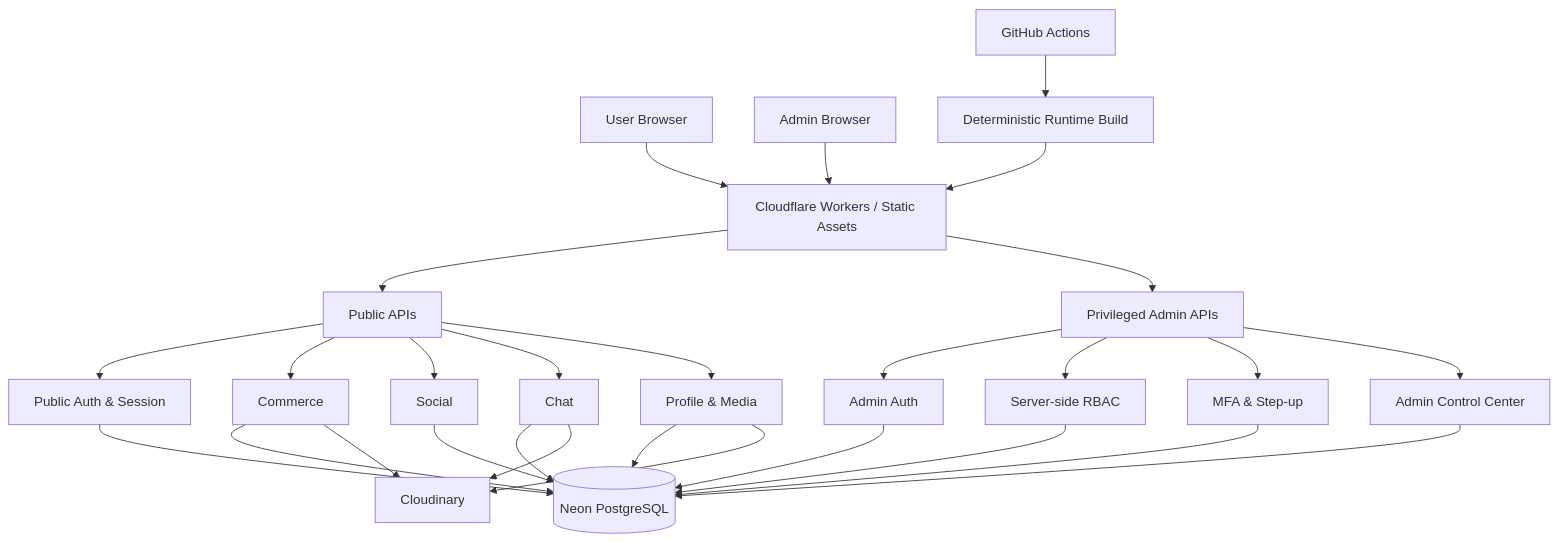
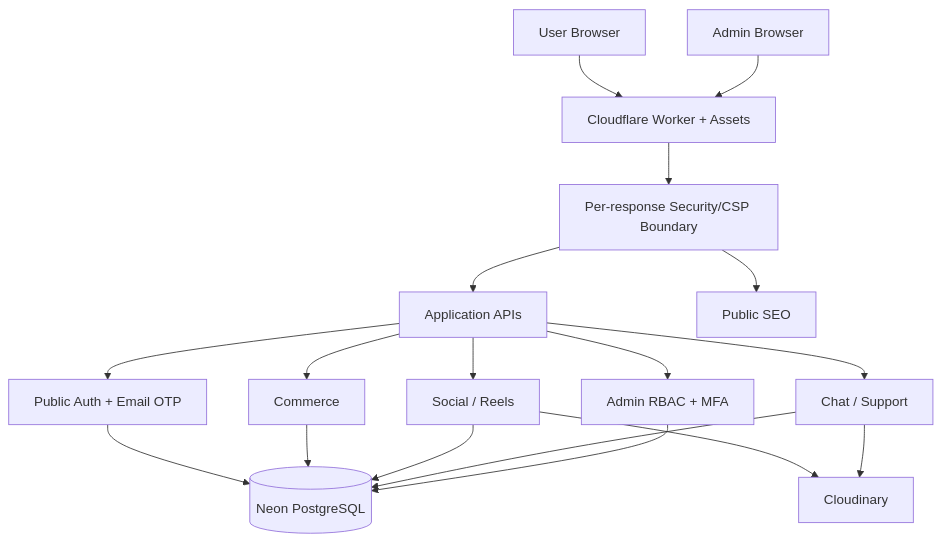
The diagram in README.md (hipmiptuinalazhaar-hue/pasar-umkm), drawn with Mermaid before and after one commit. The commit also changed other lines of this file, not shown here.

Commit message:
docs: align architecture and release documentation with current runtime

````diff
--- a/README.md
+++ b/README.md
@@ -132,36 +27,20 @@
 ```mermaid
 flowchart TD
-    U[User Browser] --> E[Cloudflare Workers / Static Assets]
-    A[Admin Browser] --> E
-
-    E --> PUB[Public APIs]
-    E --> ADM[Privileged Admin APIs]
-
-    PUB --> AUTH[Public Auth & Session]
-    PUB --> COM[Commerce]
-    PUB --> SOC[Social]
-    PUB --> CHAT[Chat]
-    PUB --> PROF[Profile & Media]
-
-    ADM --> AAUTH[Admin Auth]
-    ADM --> RBAC[Server-side RBAC]
-    ADM --> MFA[MFA & Step-up]
-    ADM --> CTRL[Admin Control Center]
-
-    AUTH --> DB[(Neon PostgreSQL)]
-    COM --> DB
-    SOC --> DB
-    CHAT --> DB
-    PROF --> DB
-    AAUTH --> DB
-    RBAC --> DB
-    MFA --> DB
-    CTRL --> DB
-
-    PROF --> MEDIA[Cloudinary]
-    CHAT --> MEDIA
-    COM --> MEDIA
-
-    GH[GitHub Actions] --> BUILD[Deterministic Runtime Build]
-    BUILD --> E
+  U[User Browser] --> CF[Cloudflare Worker + Assets]
+  A[Admin Browser] --> CF
+  CF --> CSP[Per-response Security/CSP Boundary]
+  CSP --> API[Application APIs]
+  CSP --> SEO[Public SEO]
+  API --> AUTH[Public Auth + Email OTP]
+  API --> COM[Commerce]
+  API --> SOC[Social / Reels]
+  API --> CHAT[Chat / Support]
+  API --> ADM[Admin RBAC + MFA]
+  AUTH --> DB[(Neon PostgreSQL)]
+  COM --> DB
+  SOC --> DB
+  CHAT --> DB
+  ADM --> DB
+  SOC --> MEDIA[Cloudinary]
+  CHAT --> MEDIA
 ```
````
